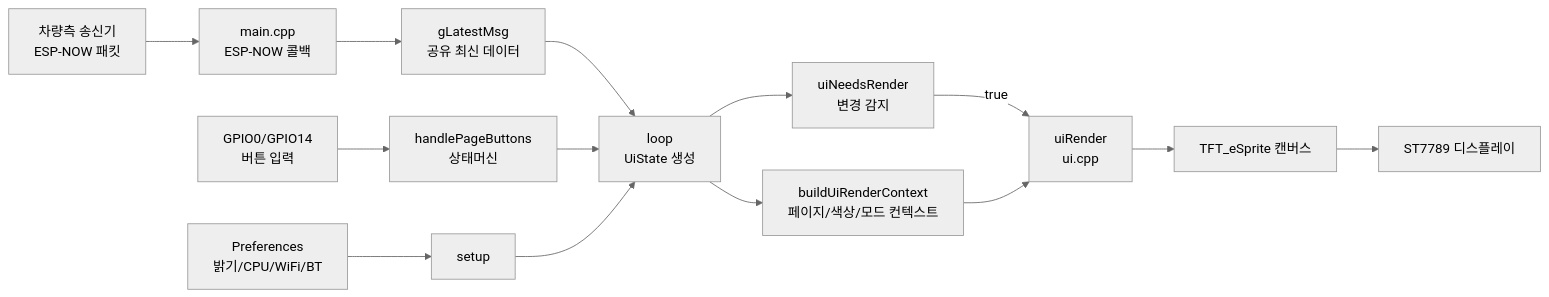
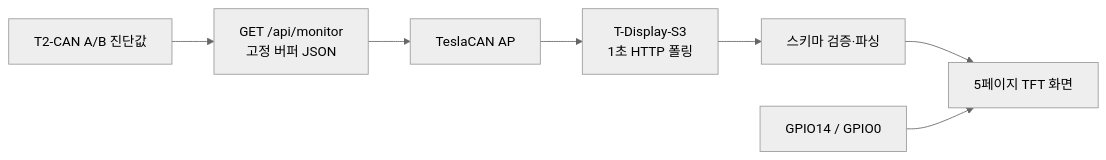
One commit to alzza/tesla-can-moniter changed the diagram in README.md. Above: the diagram before and after it, drawn with Mermaid (neutral theme). The commit also changed other lines of this file and 7 other files, not shown here.

````diff
--- a/README.md
+++ b/README.md
@@ -27,16 +106,9 @@
 ```mermaid
 flowchart LR
-	TX[차량측 송신기\nESP-NOW 패킷] --> RX[main.cpp\nESP-NOW 콜백]
-	RX --> CACHE[gLatestMsg\n공유 최신 데이터]
-	CACHE --> LOOP[loop\nUiState 생성]
-	BTN[GPIO0/GPIO14\n버튼 입력] --> FSM[handlePageButtons\n상태머신]
-	FSM --> LOOP
-	LOOP --> CTX[buildUiRenderContext\n페이지/색상/모드 컨텍스트]
-	LOOP --> CHECK[uiNeedsRender\n변경 감지]
-	CHECK -->|true| RENDER[uiRender\nui.cpp]
-	CTX --> RENDER
-	RENDER --> SPRITE[TFT_eSprite 캔버스]
-	SPRITE --> TFT[ST7789 디스플레이]
-	NVS[Preferences\n밝기/CPU/WiFi/BT] --> SETUP[setup]
-	SETUP --> LOOP
+    CAN[T2-CAN A/B 진단값] --> API[GET /api/monitor\n고정 버퍼 JSON]
+    API --> WIFI[TeslaCAN AP]
+    WIFI --> HTTP[T-Display-S3\n1초 HTTP 폴링]
+    HTTP --> PARSE[스키마 검증·파싱]
+    PARSE --> UI[5페이지 TFT 화면]
+    BUTTON[GPIO14 / GPIO0] --> UI
 ```
````
